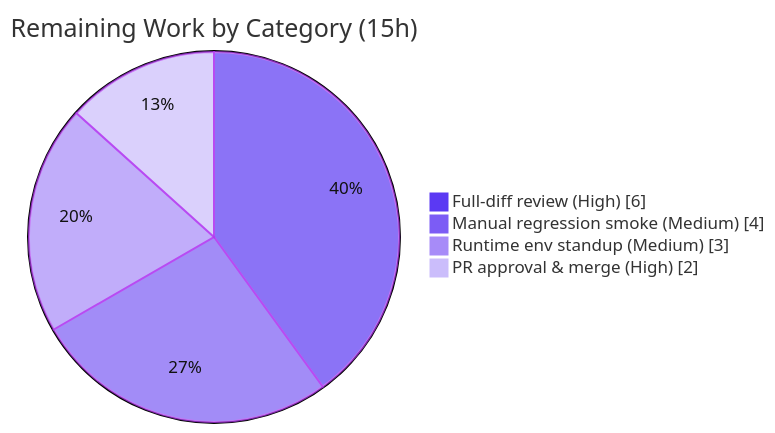
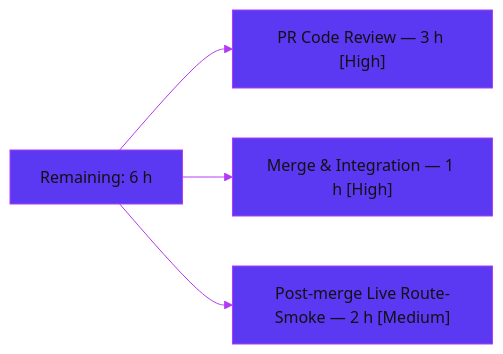
Before and after one commit to blitzy-public-samples/blitzy-WebVella-ERP: the third of 3 diagrams in blitzy/documentation/Project Guide.md, drawn with Mermaid. The commit also changed other lines of this file, not shown here.

Commit message:
Adding Blitzy Project Guide: Project Status and Human Tasks Remaining

````diff
--- a/blitzy/documentation/Project Guide.md
+++ b/blitzy/documentation/Project Guide.md
@@ -225,8 +199,7 @@
 ```mermaid
-%%{init: {'theme':'base', 'themeVariables':{'pie1':'#5B39F3','pie2':'#7C5CF5','pie3':'#A78BF8','pie4':'#CBBDFB','pieStrokeColor':'#B23AF2','pieSectionTextColor':'#111111'}}}%%
-pie showData title Remaining Work by Category (15h)
-    "Full-diff review (High)" : 6
-    "Manual regression smoke (Medium)" : 4
-    "Runtime env standup (Medium)" : 3
-    "PR approval & merge (High)" : 2
+%%{init: {'theme':'base', 'themeVariables': {'primaryColor':'#5B39F3','primaryTextColor':'#111111','primaryBorderColor':'#B23AF2','lineColor':'#B23AF2','tertiaryColor':'#A8FDD9'}}}%%
+graph LR
+    R["Remaining: 6 h"] --> A["PR Code Review — 3 h [High]"]
+    R --> B["Merge & Integration — 1 h [High]"]
+    R --> C["Post-merge Live Route-Smoke — 2 h [Medium]"]
 ```
````
